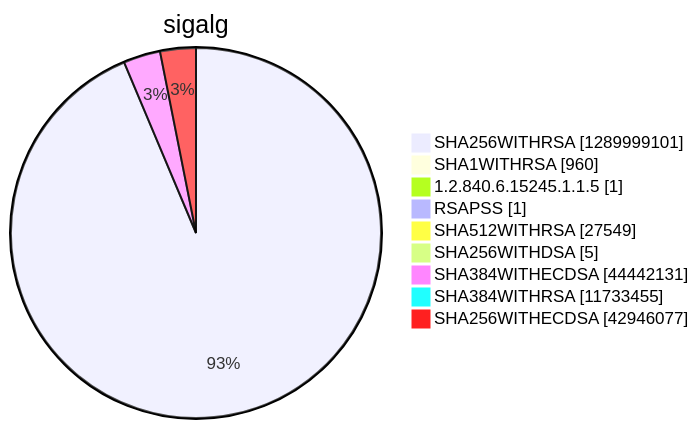
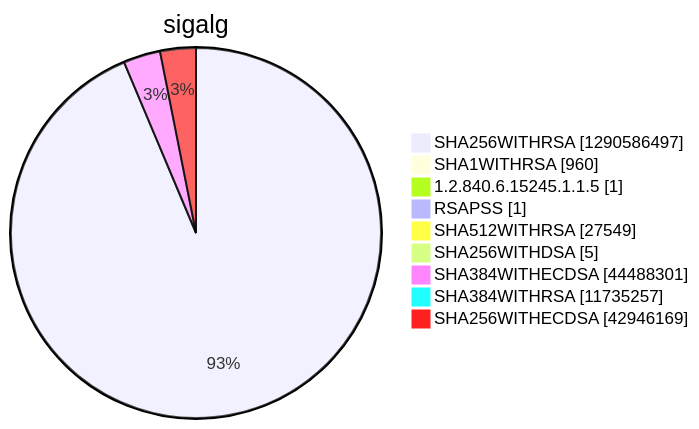
Before and after one commit to christiankrug/ctmonitor_visualization: diagram 15 of 15 in argon2022/README.md, drawn with Mermaid. The commit also changed other lines of this file, not shown here.

````diff
--- a/argon2022/README.md
+++ b/argon2022/README.md
@@ -5523,13 +5523,13 @@
 ```mermaid
 pie showData
 title sigalg
-"SHA256WITHRSA" :1289999101
+"SHA256WITHRSA" :1290586497
 "SHA1WITHRSA" :960
 "1.2.840.6.15245.1.1.5" :1
 "RSAPSS" :1
 "SHA512WITHRSA" :27549
 "SHA256WITHDSA" :5
-"SHA384WITHECDSA" :44442131
-"SHA384WITHRSA" :11733455
-"SHA256WITHECDSA" :42946077
+"SHA384WITHECDSA" :44488301
+"SHA384WITHRSA" :11735257
+"SHA256WITHECDSA" :42946169
 ```
````
